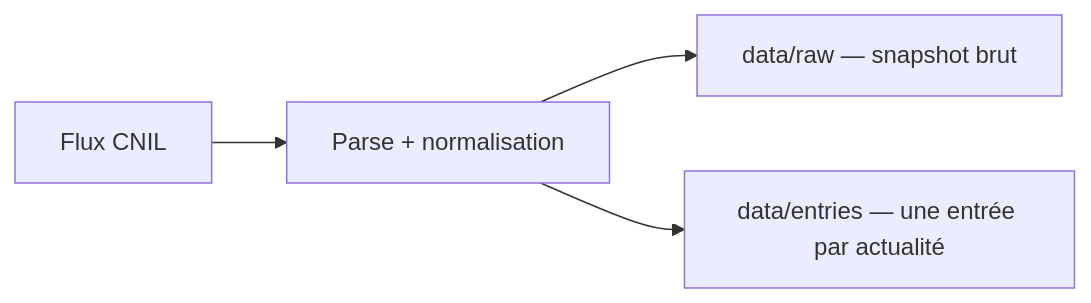
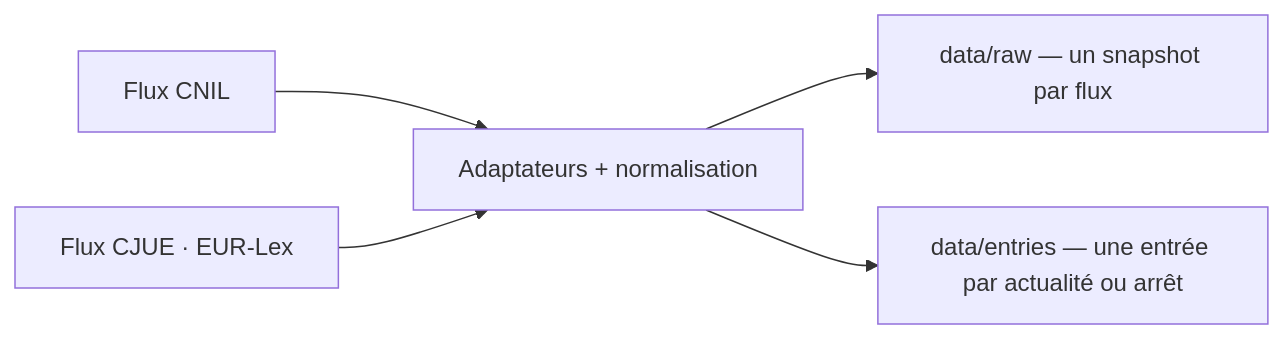
The diagram in aidd_docs/memory/data.md (Beccariavf/vitrine), drawn with Mermaid before and after one commit. The commit also changed other lines of this file and 15 other files, not shown here.

Commit message:
feat(veille): ingest CJUE case law from EUR-Lex

````diff
--- a/aidd_docs/memory/data.md
+++ b/aidd_docs/memory/data.md
@@ -12,6 +13,7 @@
 ```mermaid
 flowchart LR
-    RSS["Flux CNIL"] --> P["Parse + normalisation"]
-    P --> RAW["data/raw — snapshot brut"]
-    P --> E["data/entries — une entrée par actualité"]
+    C["Flux CNIL"] --> P["Adaptateurs + normalisation"]
+    J["Flux CJUE · EUR-Lex"] --> P
+    P --> RAW["data/raw — un snapshot par flux"]
+    P --> E["data/entries — une entrée par actualité ou arrêt"]
 ```
````
